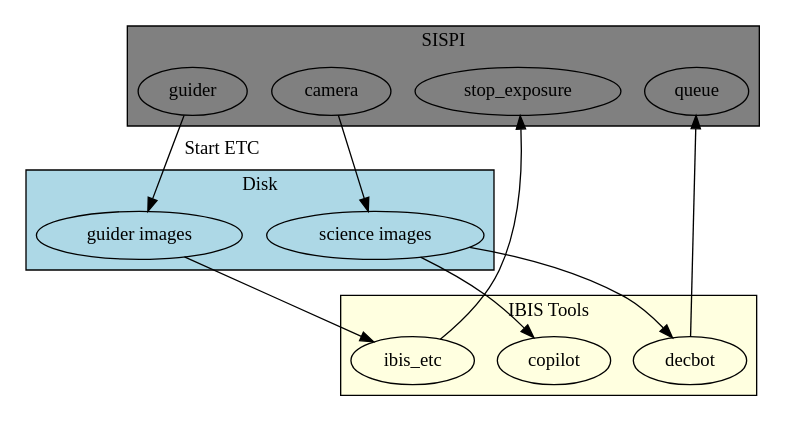
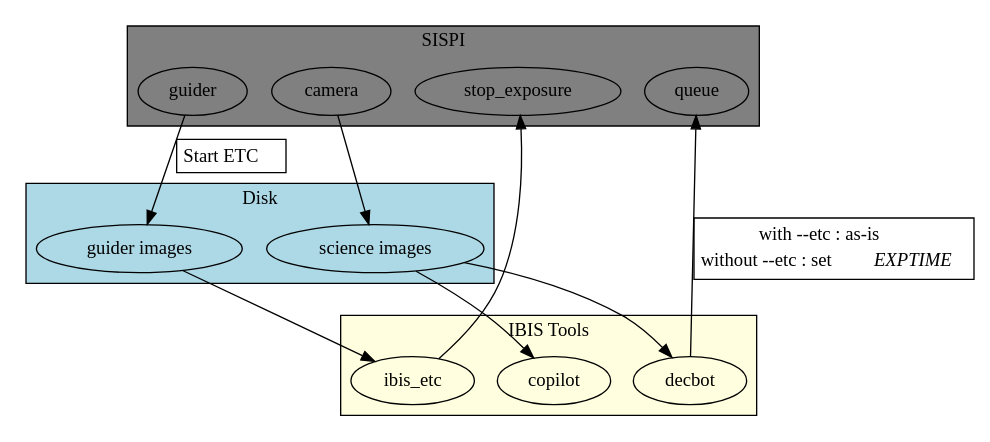
The diagram in bots.dot (legacysurvey/obsbot), drawn with Graphviz before and after one commit.

Commit message:
label edges

```diff
--- a/bots.dot
+++ b/bots.dot
@@ -1,41 +1,46 @@
 # dot -O -Tpng bots.dot
 
 digraph {
 
 subgraph cluster_sispi {
 bgcolor="grey";
 label="SISPI";
 guider;
 queue;
 stop_exposure;
 camera;
 }
 
 subgraph cluster_disk {
 bgcolor="lightblue";
 label="Disk";
 disk_g [label="guider images"];
 disk_s [label="science images"];
 }
 
 subgraph cluster_ibis {
 bgcolor="lightyellow";
 label="IBIS Tools";
 decbot;
 ibis_etc;
 copilot;
 }
 
-guider -> disk_g [label="Start ETC"];
+guider -> disk_g [label=<
+<TABLE><TR><TD BORDER="0">Start ETC</TD></TR></TABLE>
+>];
 
 disk_g -> ibis_etc;
 ibis_etc -> stop_exposure;
 
 disk_s -> copilot;
 
 disk_s -> decbot;
-decbot -> queue;
+decbot -> queue [label=<
+<TABLE><TR><TD BORDER="0">with --etc : as-is</TD></TR>
+<TR><TD BORDER="0">without --etc : set <I>EXPTIME</I></TD></TR></TABLE>
+>];
 
 camera -> disk_s;
 
 }
```
